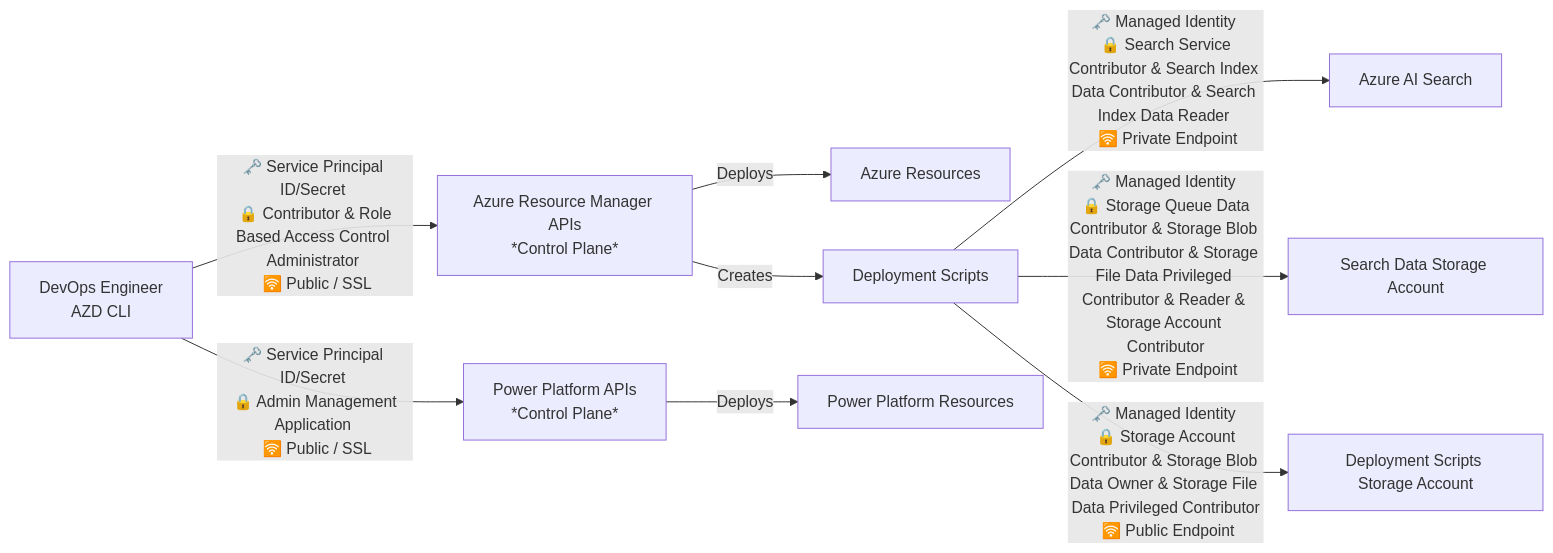
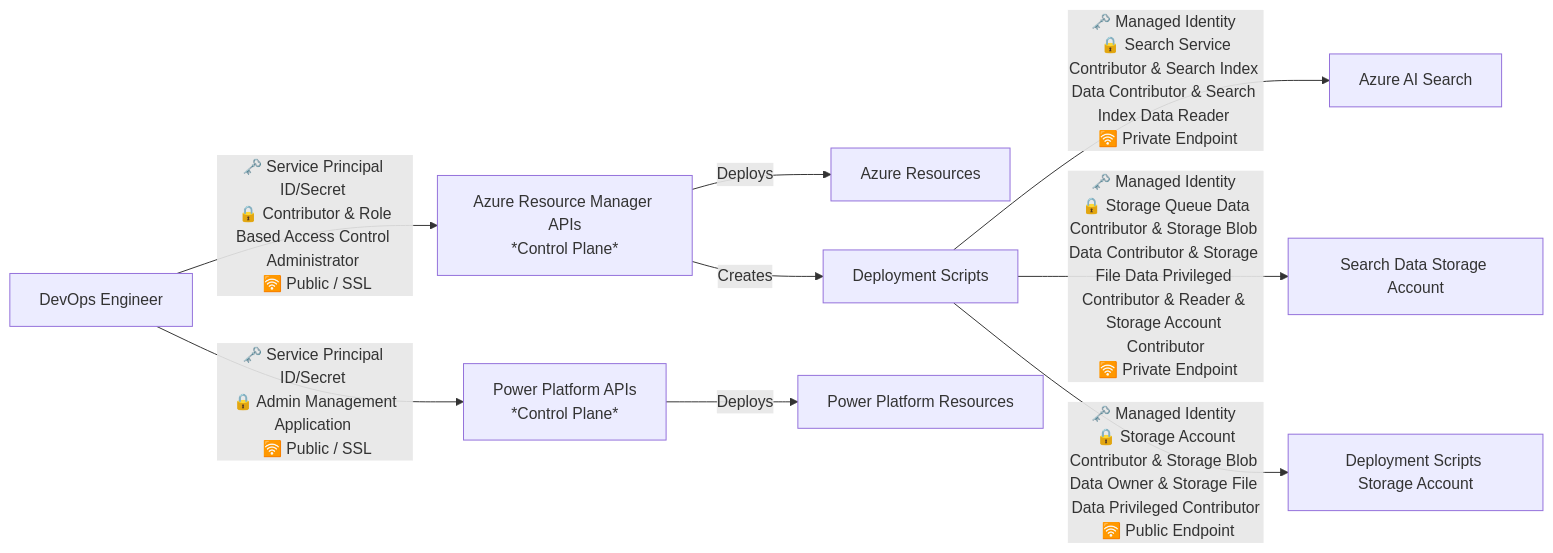
One commit to Azure-Samples/Copilot-Studio-with-Azure-AI-Search changed the third of 4 diagrams in docs/security_considerations.md. Above: the diagram before and after it, drawn with Mermaid. The commit also changed other lines of this file, not shown here.

Commit message:
fix(docs): clarify developer roles and permissions in CI/CD flow diagrams

````diff
--- a/docs/security_considerations.md
+++ b/docs/security_considerations.md
@@ -195,12 +195,12 @@
 ```mermaid
 graph LR
-    Developer[DevOps Engineer <br> AZD CLI]
+    Developer[DevOps Engineer]
     Developer --> |🗝️ Service Principal ID/Secret <br> 🔒 Contributor & Role Based Access Control Administrator <br> 🛜 Public / SSL | AzureCP[Azure Resource Manager APIs<br>*Control Plane*]
     Developer --> |🗝️ Service Principal ID/Secret <br> 🔒 Admin Management Application <br> 🛜 Public / SSL | PPAPI[Power Platform APIs<br>*Control Plane*]
     AzureCP --> |Deploys| AzureResources[Azure Resources]
     AzureCP --> |Creates| DeployScript[Deployment Scripts]
     DeployScript --> |🗝️ Managed Identity <br> 🔒 Search Service Contributor & Search Index Data Contributor & Search Index Data Reader <br> 🛜 Private Endpoint | AISearch[Azure AI Search]
     DeployScript --> |🗝️ Managed Identity <br> 🔒 Storage Queue Data Contributor & Storage Blob Data Contributor & Storage File Data Privileged Contributor & Reader & Storage Account Contributor<br> 🛜 Private Endpoint| Storage[Search Data Storage Account]
     DeployScript --> |🗝️ Managed Identity <br> 🔒 Storage Account Contributor & Storage Blob Data Owner & Storage File Data Privileged Contributor<br> 🛜 Public Endpoint| DSStorage[Deployment Scripts Storage Account]
     PPAPI --> |Deploys| PPSolution[Power Platform Resources]
 ```
````
